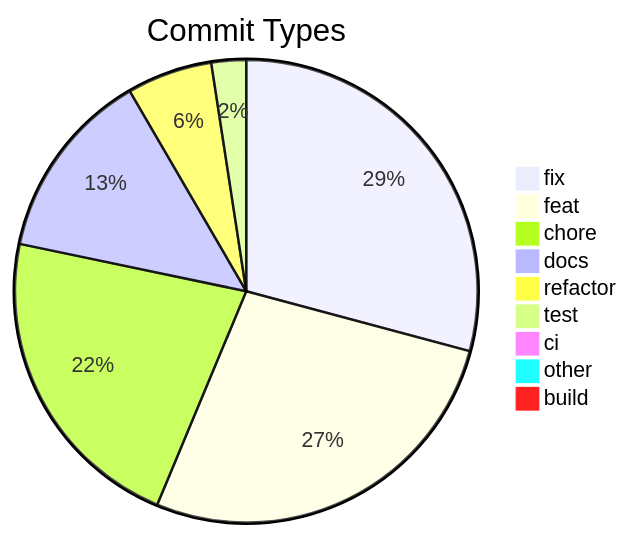
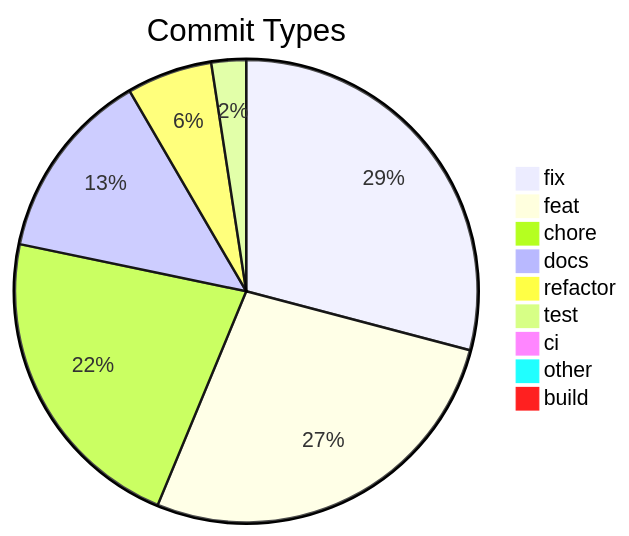
Before and after one commit to svenroth-ai/shipwright: the diagram in .shipwright/compliance/change-history.md, drawn with Mermaid. The commit also changed other lines of this file and 20 other files, not shown here.

````diff
--- a/.shipwright/compliance/change-history.md
+++ b/.shipwright/compliance/change-history.md
@@ -8,12 +8,12 @@
 ```mermaid
 pie title Commit Types
-    "fix" : 313
+    "fix" : 312
     "feat" : 291
     "chore" : 236
     "docs" : 143
     "refactor" : 64
     "test" : 26
-    "ci" : 8
+    "ci" : 9
     "other" : 7
     "build" : 1
 ```
````
